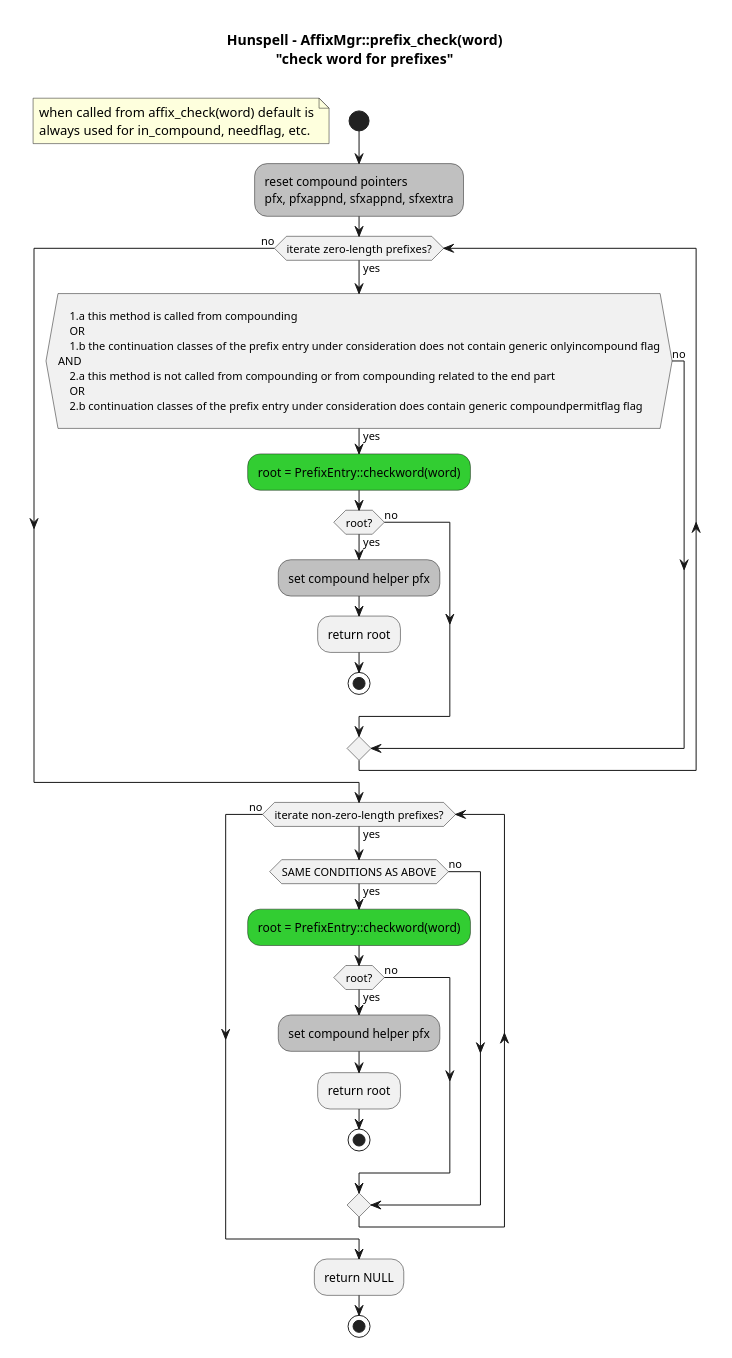
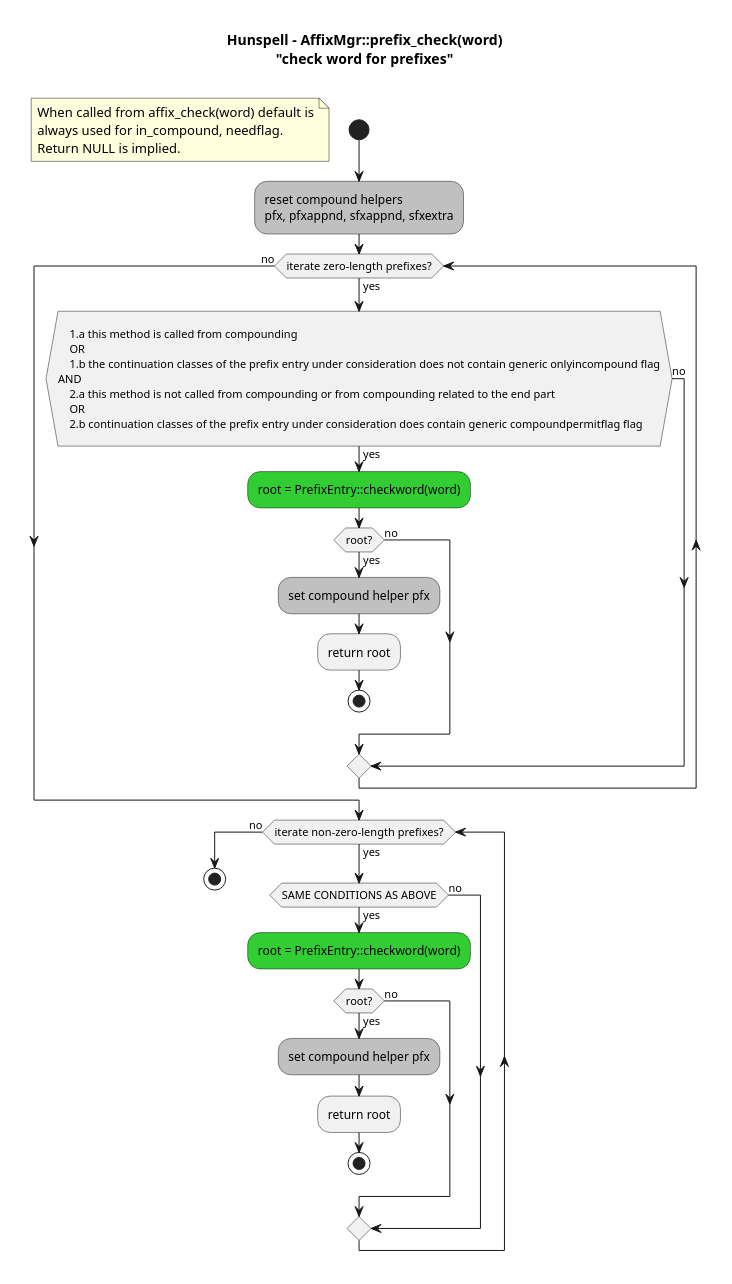
Before and after one commit to nuspell/misc-nuspell: the diagram in uml/plantuml/prefix-check-activity-diagram.pu, drawn with PlantUML. The commit also changed 9 other files, not shown here.

Commit message:
documentation of check_affix methods

```diff
--- a/uml/plantuml/prefix-check-activity-diagram.pu
+++ b/uml/plantuml/prefix-check-activity-diagram.pu
@@ -1,47 +1,46 @@
 @startuml
 skinparam backgroundcolor White|White
 
 title Hunspell - AffixMgr::prefix_check(word)\n"check word for prefixes"\n
 
 start
-floating note: when called from affix_check(word) default is\nalways used for in_compound, needflag, etc.
+floating note: When called from affix_check(word) default is\nalways used for in_compound, needflag.\nReturn NULL is implied.
 
-#silver:reset compound pointers\npfx, pfxappnd, sfxappnd, sfxextra;
+#silver:reset compound helpers\npfx, pfxappnd, sfxappnd, sfxextra;
 while (iterate zero-length prefixes?) is (yes)
 	if (
     1.a this method is called from compounding
     OR
     1.b the continuation classes of the prefix entry under consideration does not contain generic onlyincompound flag
 AND
     2.a this method is not called from compounding or from compounding related to the end part
     OR
     2.b continuation classes of the prefix entry under consideration does contain generic compoundpermitflag flag
 	) then (yes)
 		#limegreen:root = PrefixEntry::checkword(word);
 		if (root?) then (yes)
 			#silver:set compound helper pfx;
 			:return root;
 			stop
 		else (no)
 		endif
 	else (no)
 	endif
 endwhile (no)
 
 while (iterate non-zero-length prefixes?) is (yes)
 	if (SAME CONDITIONS AS ABOVE) then (yes)
 		#limegreen:root = PrefixEntry::checkword(word);
 		if (root?) then (yes)
 			#silver:set compound helper pfx;
 			:return root;
 			stop
 		else (no)
 		endif
 	else (no)
 	endif
 endwhile (no)
 
-:return NULL;
 stop
 
 @enduml
```
